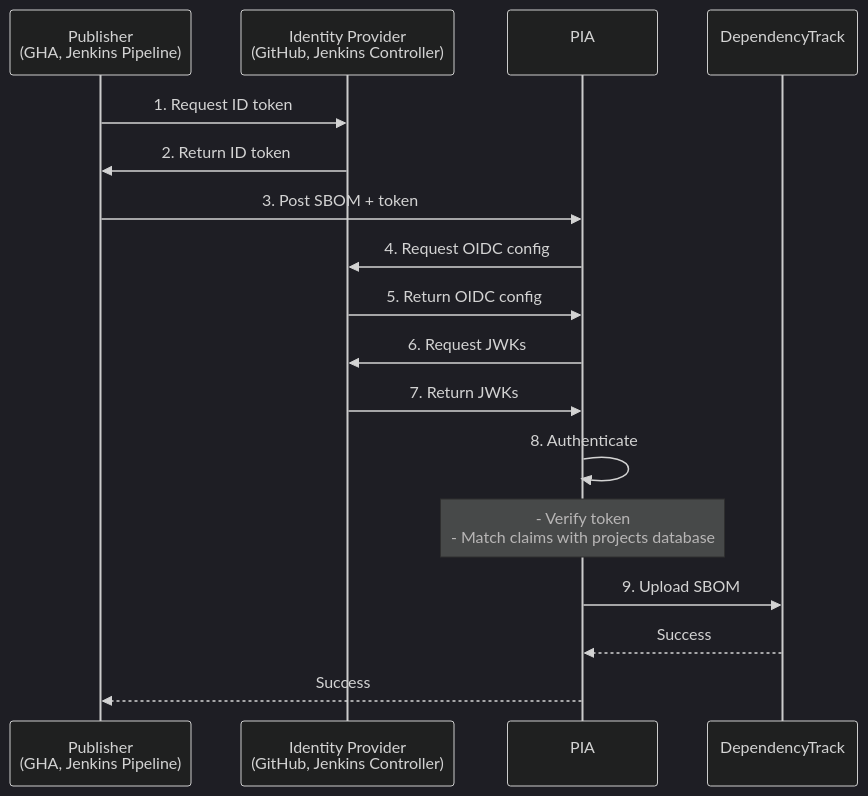
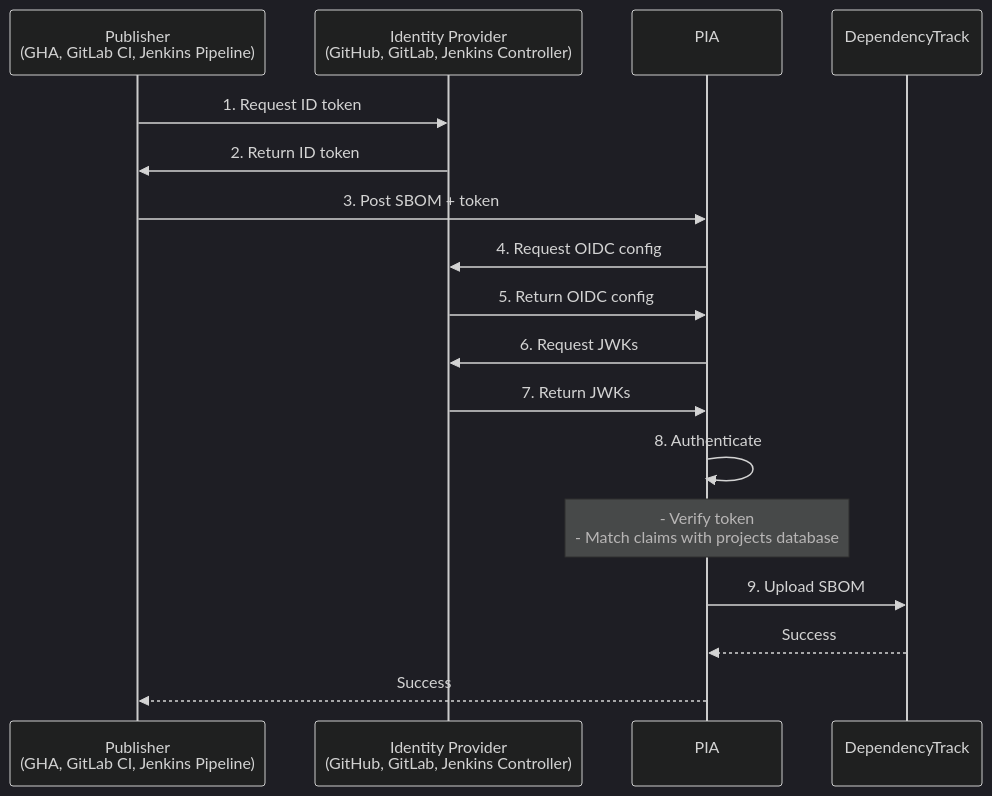
The diagram in docs/DESIGN.md (eclipse-csi/pia), drawn with Mermaid (dark theme) before and after one commit. The commit also changed other lines of this file and 15 other files, not shown here.

````diff
--- a/docs/DESIGN.md
+++ b/docs/DESIGN.md
@@ -39,20 +41,20 @@
 ```mermaid
 sequenceDiagram
-    participant Publisher as Publisher<br/>(GHA, Jenkins Pipeline)
-    participant IdP as Identity Provider<br/>(GitHub, Jenkins Controller)
+    participant Publisher as Publisher<br/>(GHA, GitLab CI, Jenkins Pipeline)
+    participant IdP as Identity Provider<br/>(GitHub, GitLab, Jenkins Controller)
     participant PIA as PIA<br/>
     participant dp as DependencyTrack<br/>
 
     Publisher->>IdP: 1. Request ID token
     IdP->>Publisher: 2. Return ID token
     Publisher->>PIA: 3. Post SBOM + token
     PIA->>IdP: 4. Request OIDC config
     IdP->>PIA: 5. Return OIDC config
     PIA->>IdP: 6. Request JWKs
     IdP->>PIA: 7. Return JWKs
     PIA->>PIA: 8. Authenticate
     Note over PIA: - Verify token<br/>- Match claims with projects database
     PIA->>dp: 9. Upload SBOM
     dp-->>PIA: Success
     PIA-->>Publisher: Success
 ```
````
